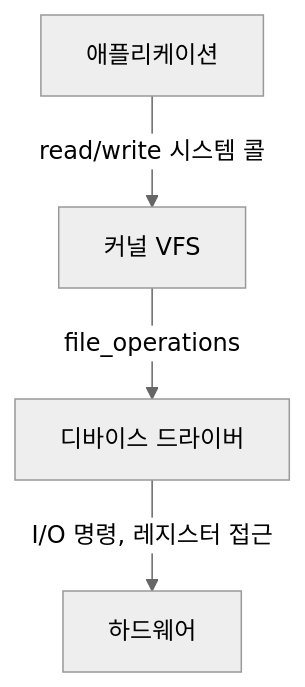
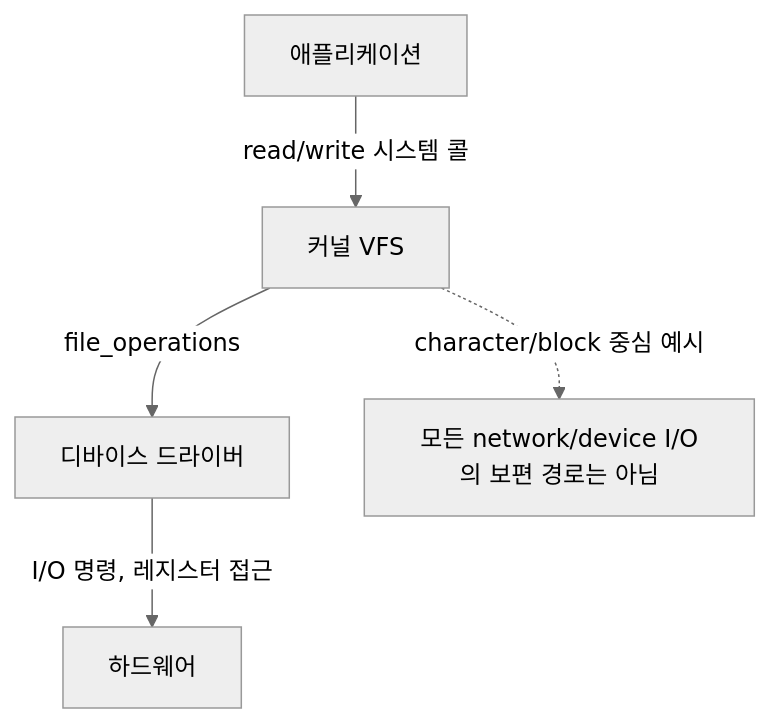
One commit to Rein-ArXiv/game-dev-curriculum changed the first of 2 diagrams in system/part18_driver.md. Above: the diagram before and after it, drawn with Mermaid (neutral theme). The commit also changed other lines of this file and 279 other files, not shown here.

````diff
--- a/system/part18_driver.md
+++ b/system/part18_driver.md
@@ -48,6 +48,7 @@
 ```mermaid
 flowchart TB
     A[애플리케이션] -->|read/write 시스템 콜| V[커널 VFS]
     V -->|file_operations| D[디바이스 드라이버]
     D -->|I/O 명령, 레지스터 접근| H[하드웨어]
+    V -. "character/block 중심 예시" .-> N["모든 network/device I/O의 보편 경로는 아님"]
 ```
````
